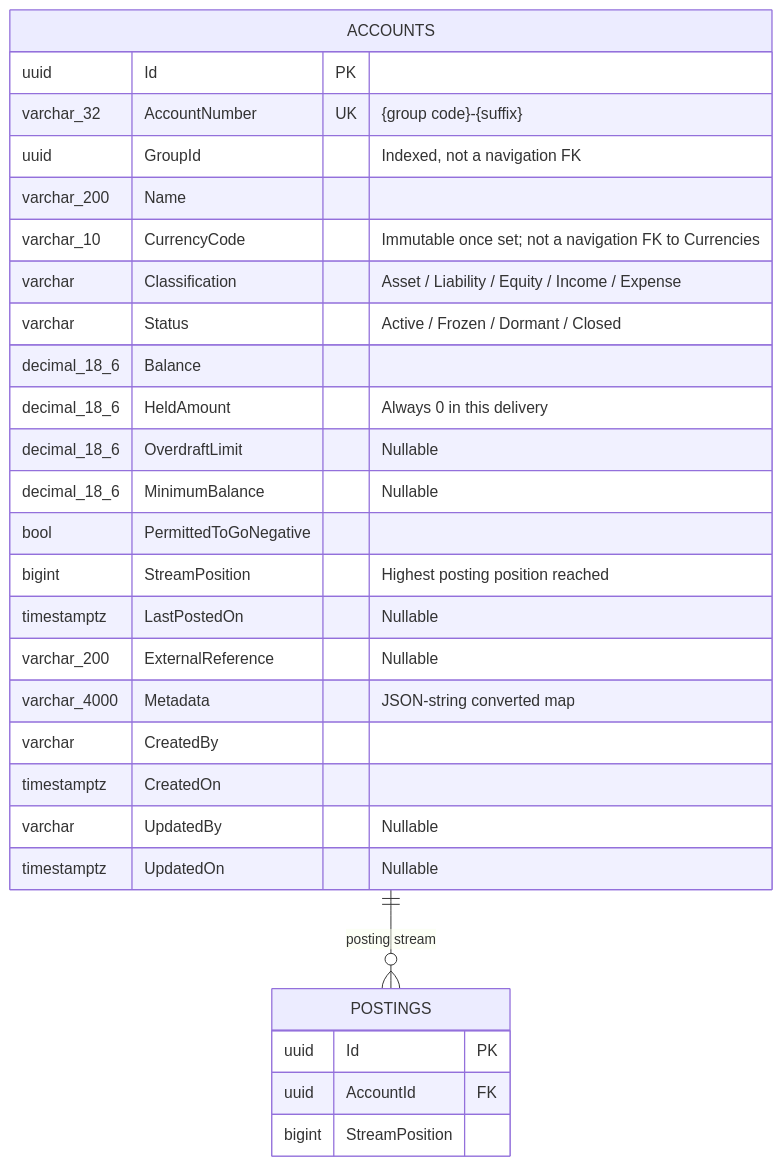
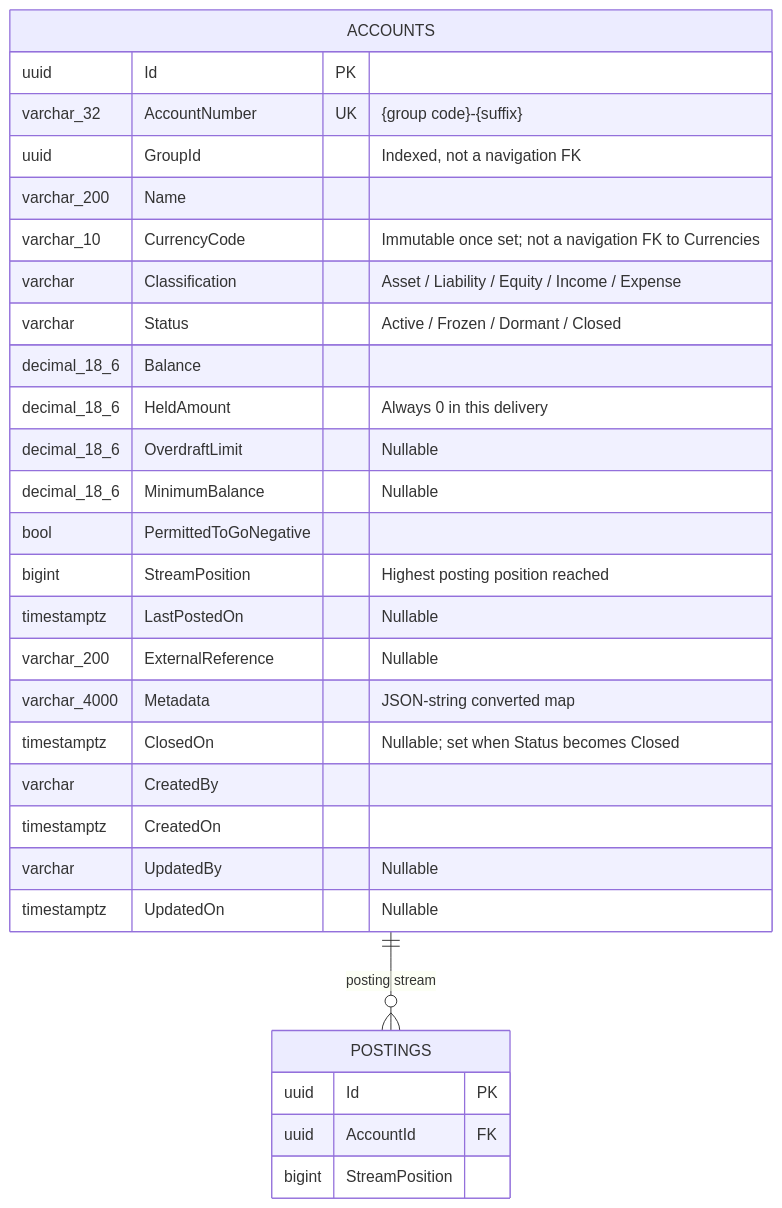
Before and after one commit to baoduy/DKNet.Accounts.Api: the diagram in docs/features/accounts/data-model.md, drawn with Mermaid. The commit also changed other lines of this file and 13 other files, not shown here.

````diff
--- a/docs/features/accounts/data-model.md
+++ b/docs/features/accounts/data-model.md
@@ -5,31 +5,32 @@
 ```mermaid
 erDiagram
     ACCOUNTS {
         uuid Id PK
         varchar_32 AccountNumber UK "{group code}-{suffix}"
         uuid GroupId "Indexed, not a navigation FK"
         varchar_200 Name
         varchar_10 CurrencyCode "Immutable once set; not a navigation FK to Currencies"
         varchar Classification "Asset / Liability / Equity / Income / Expense"
         varchar Status "Active / Frozen / Dormant / Closed"
         decimal_18_6 Balance
         decimal_18_6 HeldAmount "Always 0 in this delivery"
         decimal_18_6 OverdraftLimit "Nullable"
         decimal_18_6 MinimumBalance "Nullable"
         bool PermittedToGoNegative
         bigint StreamPosition "Highest posting position reached"
         timestamptz LastPostedOn "Nullable"
         varchar_200 ExternalReference "Nullable"
         varchar_4000 Metadata "JSON-string converted map"
+        timestamptz ClosedOn "Nullable; set when Status becomes Closed"
         varchar CreatedBy
         timestamptz CreatedOn
         varchar UpdatedBy "Nullable"
         timestamptz UpdatedOn "Nullable"
     }
     POSTINGS {
         uuid Id PK
         uuid AccountId FK
         bigint StreamPosition
     }
     ACCOUNTS ||--o{ POSTINGS : "posting stream"
 ```
````
